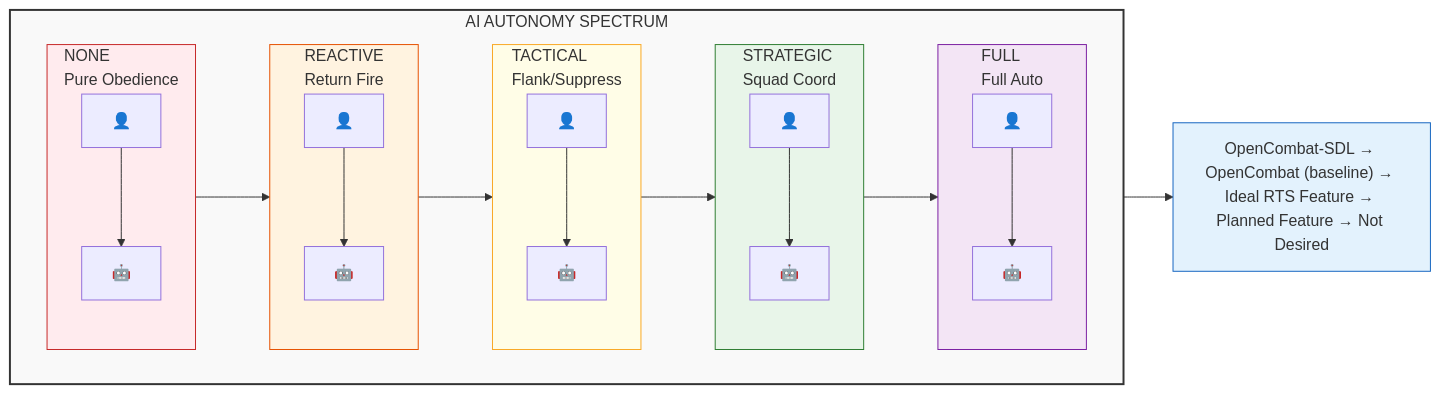
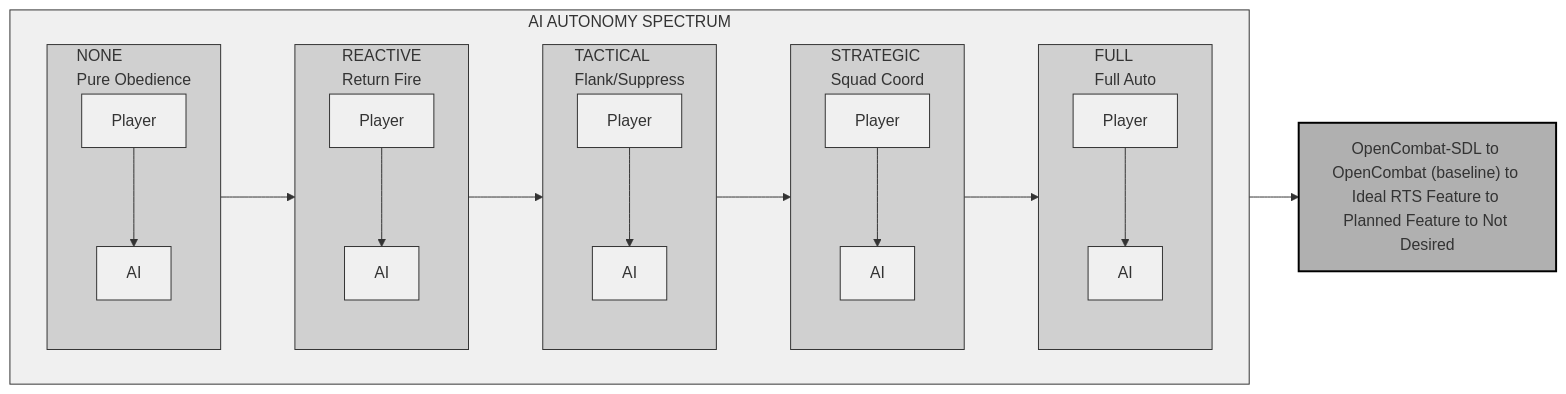
One commit to jukofyork/close-combat-architecture-study changed the fifth of 5 diagrams in chapter_06_orders_ai.md. Above: the diagram before and after it, drawn with Mermaid. The commit also changed other lines of this file and 15 other files, not shown here.

````diff
--- a/chapter_06_orders_ai.md
+++ b/chapter_06_orders_ai.md
@@ -623,44 +632,46 @@
 ```mermaid
 flowchart LR
     subgraph Spectrum["AI AUTONOMY SPECTRUM"]
         direction LR
         
-        subgraph None["NONE<br>Pure Obedience"]
+        subgraph None["NONE<br/>Pure Obedience"]
             direction TB
-            n1["👤"] --> n2["🤖"]
+            n1["Player"] --> n2["AI"]
         end
         
-        subgraph Reactive["REACTIVE<br>Return Fire"]
+        subgraph Reactive["REACTIVE<br/>Return Fire"]
             direction TB
-            r1["👤"] --> r2["🤖"]
+            r1["Player"] --> r2["AI"]
         end
         
-        subgraph Tactical["TACTICAL<br>Flank/Suppress"]
+        subgraph Tactical["TACTICAL<br/>Flank/Suppress"]
             direction TB
-            t1["👤"] --> t2["🤖"]
+            t1["Player"] --> t2["AI"]
         end
         
-        subgraph Strategic["STRATEGIC<br>Squad Coord"]
+        subgraph Strategic["STRATEGIC<br/>Squad Coord"]
             direction TB
-            s1["👤"] --> s2["🤖"]
+            s1["Player"] --> s2["AI"]
         end
         
-        subgraph Full["FULL<br>Full Auto"]
+        subgraph Full["FULL<br/>Full Auto"]
             direction TB
-            f1["👤"] --> f2["🤖"]
+            f1["Player"] --> f2["AI"]
         end
         
         None --> Reactive --> Tactical --> Strategic --> Full
     end
     
-    labels["OpenCombat-SDL → OpenCombat (baseline) → Ideal RTS Feature → Planned Feature → Not Desired"]
+    labels["OpenCombat-SDL to OpenCombat (baseline) to Ideal RTS Feature to Planned Feature to Not Desired"]
     Spectrum --> labels
     
-    style Spectrum fill:#f9f9f9,stroke:#333,stroke-width:2px
-    style None fill:#ffebee,stroke:#c62828
-    style Reactive fill:#fff3e0,stroke:#e65100
-    style Tactical fill:#fffde7,stroke:#f9a825
-    style Strategic fill:#e8f5e9,stroke:#2e7d32
-    style Full fill:#f3e5f5,stroke:#7b1fa2
-    style labels fill:#e3f2fd,stroke:#1565c0
+    classDef default fill:#fff,stroke:#000,stroke-width:1px
+    classDef light fill:#f0f0f0,stroke:#333,stroke-width:1px
+    classDef medium fill:#d0d0d0,stroke:#333,stroke-width:1px
+    classDef dark fill:#b0b0b0,stroke:#000,stroke-width:2px
+    
+    class Spectrum light
+    class None,Reactive,Tactical,Strategic,Full medium
+    class n1,n2,r1,r2,t1,t2,s1,s2,f1,f2 light
+    class labels dark
 ```
````
